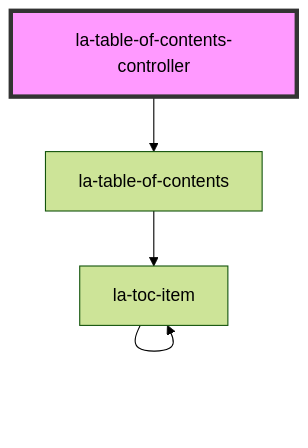
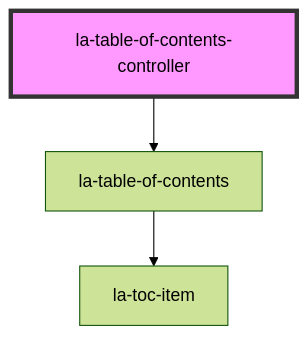
One commit to laws-africa/law-widgets changed the diagram in core/src/components/table-of-contents-controller/readme.md. Above: the diagram before and after it, drawn with Mermaid (forest theme). The commit also changed 7 other files, not shown here.

First line of the commit message:
Simplify TOC item rendering and allow customisation of expand/collapse

````diff
--- a/core/src/components/table-of-contents-controller/readme.md
+++ b/core/src/components/table-of-contents-controller/readme.md
@@ -161,7 +161,6 @@
 ```mermaid
 graph TD;
   la-table-of-contents-controller --> la-table-of-contents
   la-table-of-contents --> la-toc-item
-  la-toc-item --> la-toc-item
   style la-table-of-contents-controller fill:#f9f,stroke:#333,stroke-width:4px
 ```
````
